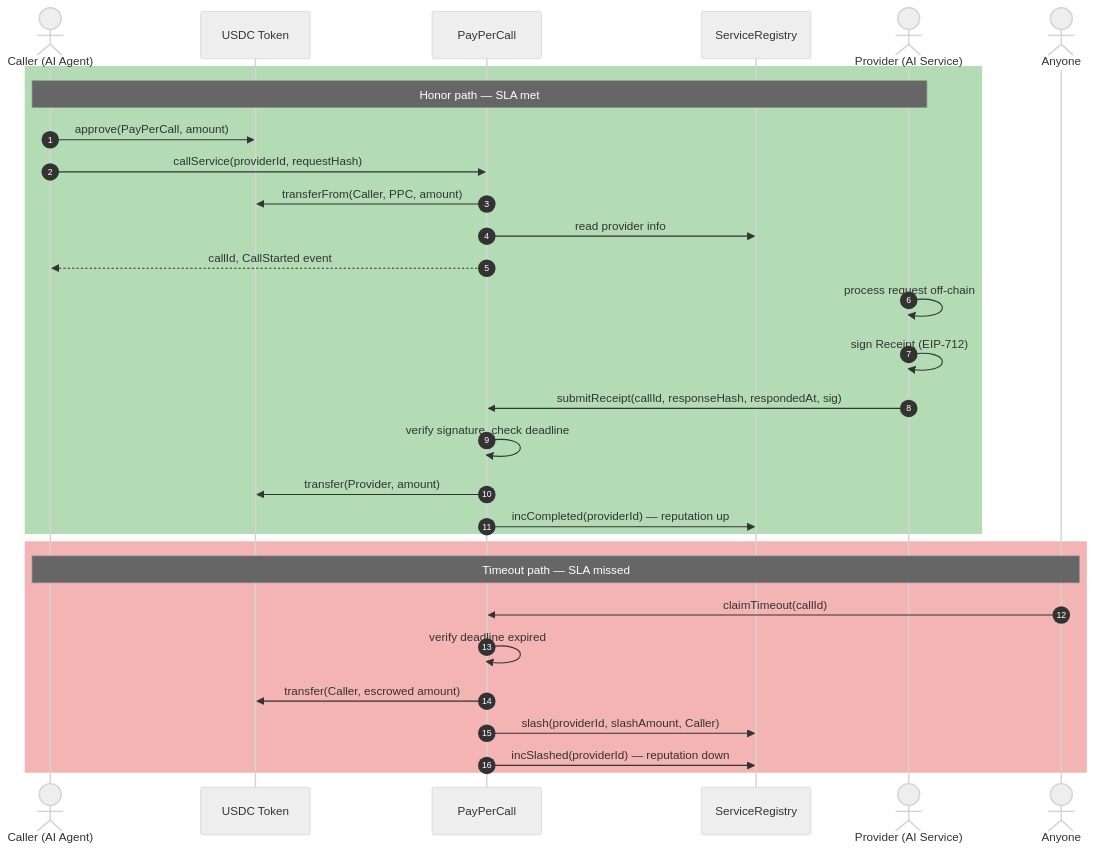
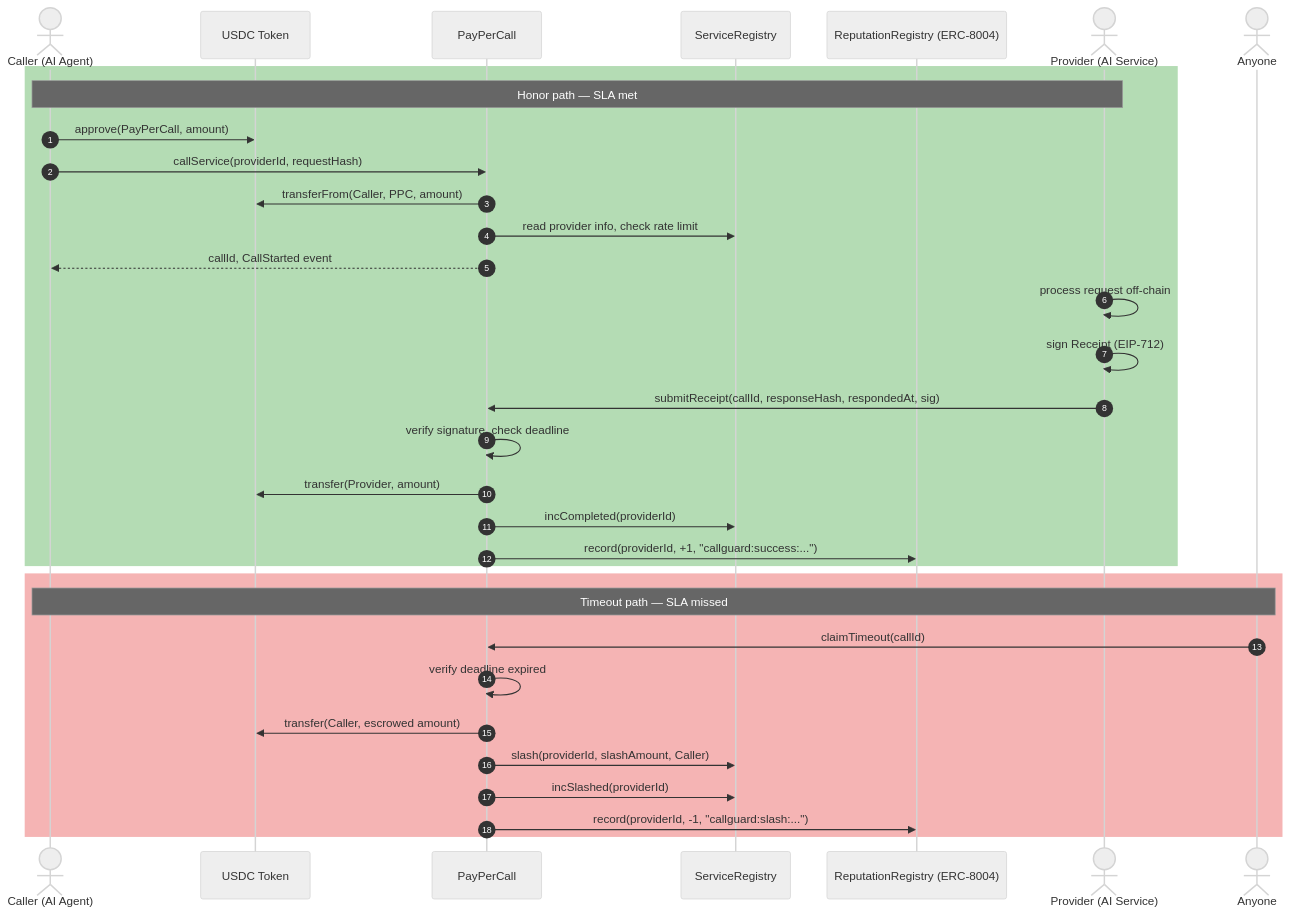
One commit to muazzezwq/CallGuard changed the diagram in README.md. Above: the diagram before and after it, drawn with Mermaid. The commit also changed other lines of this file, not shown here.

````diff
--- a/README.md
+++ b/README.md
@@ -77,39 +88,42 @@
 ```mermaid
 %%{init: {'theme':'neutral'}}%%
 sequenceDiagram
     autonumber
     actor Caller as Caller (AI Agent)
     participant USDC as USDC Token
     participant PPC as PayPerCall
     participant SR as ServiceRegistry
+    participant RR as ReputationRegistry (ERC-8004)
     actor Provider as Provider (AI Service)
     actor Anyone as Anyone
 
     rect rgb(180, 220, 180)
     Note over Caller,Provider: Honor path — SLA met
 
     Caller->>USDC: approve(PayPerCall, amount)
     Caller->>PPC: callService(providerId, requestHash)
     PPC->>USDC: transferFrom(Caller, PPC, amount)
-    PPC->>SR: read provider info
+    PPC->>SR: read provider info, check rate limit
     PPC-->>Caller: callId, CallStarted event
 
     Provider->>Provider: process request off-chain
     Provider->>Provider: sign Receipt (EIP-712)
 
     Provider->>PPC: submitReceipt(callId, responseHash, respondedAt, sig)
     PPC->>PPC: verify signature, check deadline
     PPC->>USDC: transfer(Provider, amount)
-    PPC->>SR: incCompleted(providerId) — reputation up
+    PPC->>SR: incCompleted(providerId)
+    PPC->>RR: record(providerId, +1, "callguard:success:...")
     end
 
     rect rgb(245, 180, 180)
     Note over Caller,Anyone: Timeout path — SLA missed
 
     Anyone->>PPC: claimTimeout(callId)
     PPC->>PPC: verify deadline expired
     PPC->>USDC: transfer(Caller, escrowed amount)
     PPC->>SR: slash(providerId, slashAmount, Caller)
-    PPC->>SR: incSlashed(providerId) — reputation down
+    PPC->>SR: incSlashed(providerId)
+    PPC->>RR: record(providerId, -1, "callguard:slash:...")
     end
 ```
````
